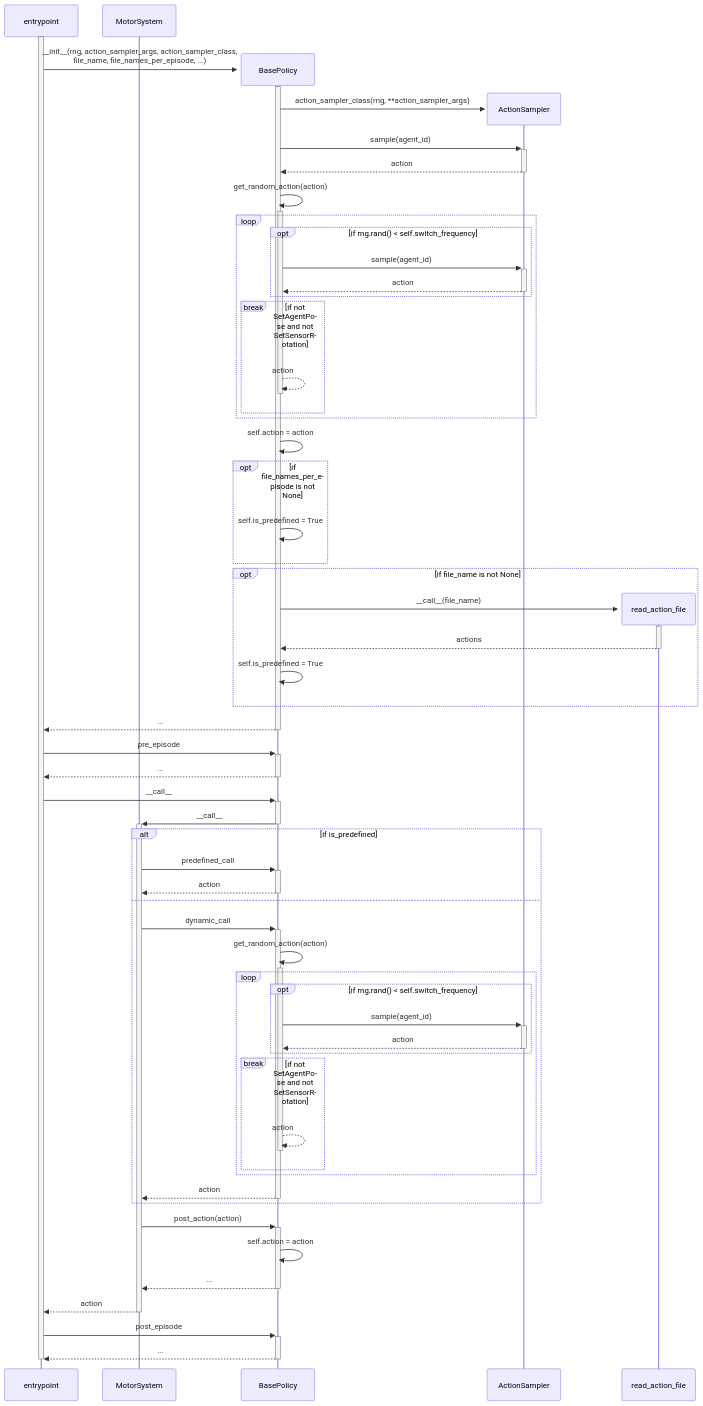
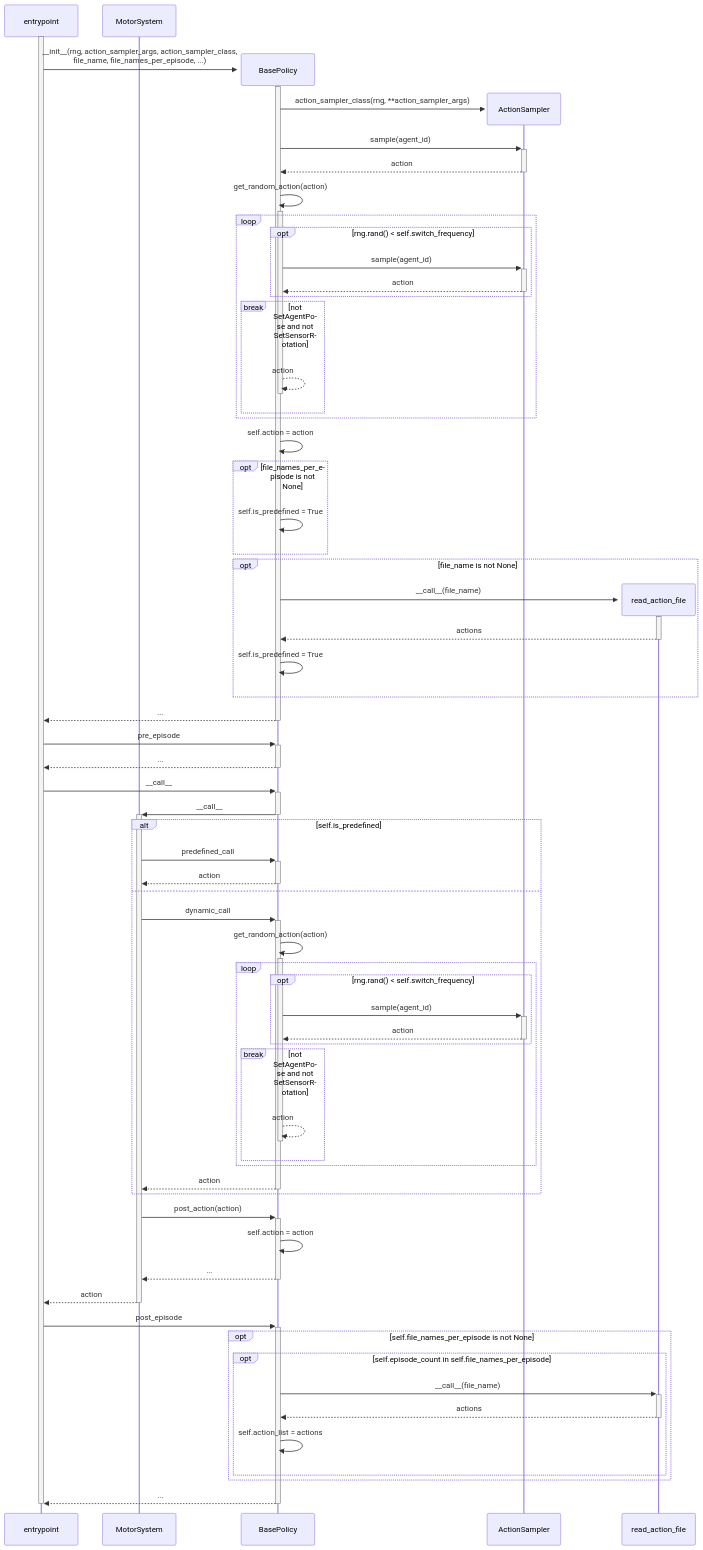
The diagram in rfcs/0000_extract_motor_policies_from_dataloader/basepolicy_sd.md (thousandbrainsproject/tbp.monty), drawn with Mermaid before and after one commit. The commit also changed 4 other files, not shown here.

Commit message:
rfc: all policy sequence diagrams

````diff
--- a/rfcs/0000_extract_motor_policies_from_dataloader/basepolicy_sd.md
+++ b/rfcs/0000_extract_motor_policies_from_dataloader/basepolicy_sd.md
@@ -1,73 +1,80 @@
 ```mermaid
 sequenceDiagram
     participant E as entrypoint
     participant MS as MotorSystem
 
     activate E
 
     create participant BP as BasePolicy
     E ->>+ BP : __init__(rng, action_sampler_args, action_sampler_class,<br/>file_name, file_names_per_episode, ...)
 
     create participant AS as ActionSampler
     BP ->> AS : action_sampler_class(rng, **action_sampler_args)
     BP ->>+ AS : sample(agent_id)
     AS -->>- BP : action
     BP ->> BP : get_random_action(action)
     activate BP
         loop
-            opt if rng.rand() < self.switch_frequency
+            opt rng.rand() < self.switch_frequency
                 BP ->>+ AS: sample(agent_id)
                 AS -->>- BP : action
             end
-            break if not SetAgentPose and not SetSensorRotation
+            break not SetAgentPose and not SetSensorRotation
                 BP -->> BP : action
                 deactivate BP
             end
         end
     BP ->> BP : self.action = action
-    opt if file_names_per_episode is not None
+    opt file_names_per_episode is not None
         BP ->> BP : self.is_predefined = True
     end
-    opt if file_name is not None
+    opt file_name is not None
         create participant RAF as read_action_file
         BP ->>+ RAF : __call__(file_name)
         RAF -->>- BP : actions
         BP ->> BP : self.is_predefined = True
     end
     BP -->>- E : ...
 
     E ->>+ BP : pre_episode
     BP -->>- E : ...
 
     E ->>+ BP : __call__
     BP ->>+ MS : __call__
     deactivate BP
-    alt if is_predefined
+    alt self.is_predefined
         MS ->>+ BP : predefined_call
         BP -->>- MS : action
     else
         MS ->>+ BP : dynamic_call
         BP ->> BP : get_random_action(action)
         activate BP
             loop
-                opt if rng.rand() < self.switch_frequency
+                opt rng.rand() < self.switch_frequency
                     BP ->>+ AS: sample(agent_id)
                     AS -->>- BP : action
                 end
-                break if not SetAgentPose and not SetSensorRotation
+                break not SetAgentPose and not SetSensorRotation
                     BP -->> BP : action
                     deactivate BP
                 end
             end
         BP -->>- MS : action
     end
     MS ->>+ BP : post_action(action)
     BP ->> BP : self.action = action
     BP -->>- MS : ...
     MS -->>- E : action
 
     E ->>+ BP : post_episode
+    opt self.file_names_per_episode is not None
+        opt self.episode_count in self.file_names_per_episode
+            BP ->>+ RAF : __call__(file_name)
+            RAF -->>- BP : actions
+            BP ->> BP : self.action_list = actions
+        end
+    end
     BP -->>- E : ...
 
     deactivate E
 ```
````
